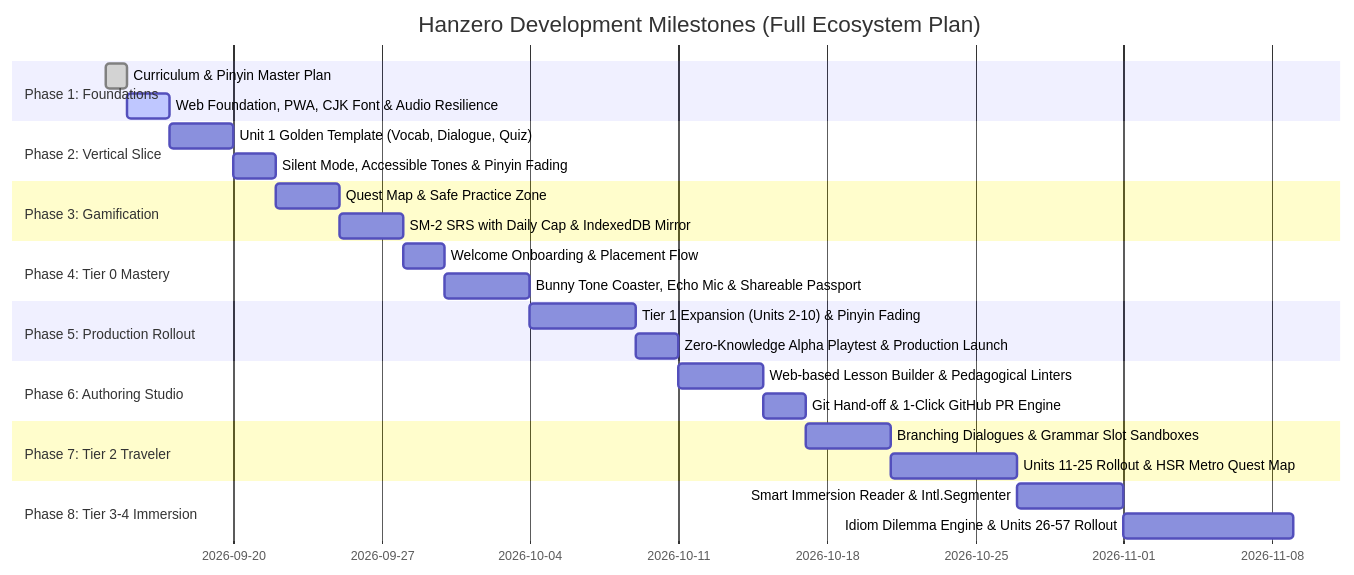
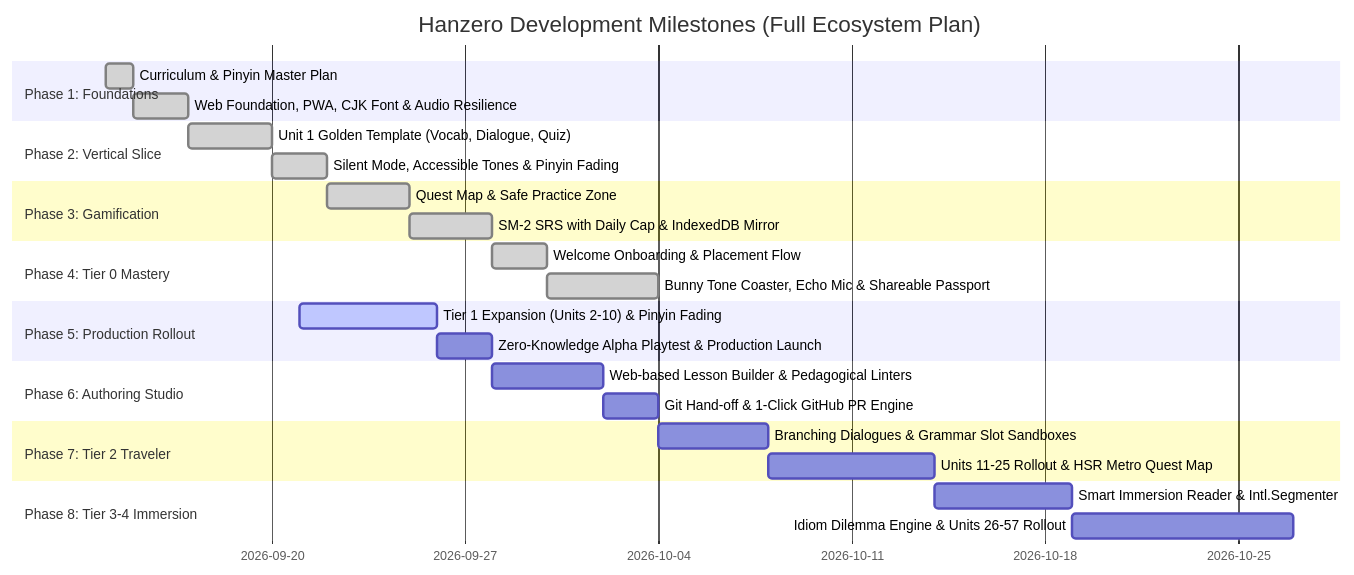
Before and after one commit to vavinon/Hanzero: the diagram in docs/roadmap/milestone_plan.md, drawn with Mermaid. The commit also changed other lines of this file and 6 other files, not shown here.

Commit message:
docs(roadmap): synchronize Phase 3 & 4 completion status across tasks and plans

````diff
--- a/docs/roadmap/milestone_plan.md
+++ b/docs/roadmap/milestone_plan.md
@@ -9,29 +9,29 @@
 ```mermaid
 gantt
     title Hanzero Development Milestones (Full Ecosystem Plan)
     dateFormat  YYYY-MM-DD
     section Phase 1: Foundations
     Curriculum & Pinyin Master Plan :done, p0, 2026-09-14, 1d
-    Web Foundation, PWA, CJK Font & Audio Resilience :active, p1, 2026-09-15, 2d
+    Web Foundation, PWA, CJK Font & Audio Resilience :done, p1, 2026-09-15, 2d
     section Phase 2: Vertical Slice
-    Unit 1 Golden Template (Vocab, Dialogue, Quiz) :p2, after p1, 3d
-    Silent Mode, Accessible Tones & Pinyin Fading :p3, after p2, 2d
+    Unit 1 Golden Template (Vocab, Dialogue, Quiz) :done, p2, after p1, 3d
+    Silent Mode, Accessible Tones & Pinyin Fading :done, p3, after p2, 2d
     section Phase 3: Gamification
-    Quest Map & Safe Practice Zone :p4, after p3, 3d
-    SM-2 SRS with Daily Cap & IndexedDB Mirror :p5, after p4, 3d
+    Quest Map & Safe Practice Zone :done, p4, after p3, 3d
+    SM-2 SRS with Daily Cap & IndexedDB Mirror :done, p5, after p4, 3d
     section Phase 4: Tier 0 Mastery
-    Welcome Onboarding & Placement Flow :p6, after p5, 2d
-    Bunny Tone Coaster, Echo Mic & Shareable Passport :p7, after p6, 4d
+    Welcome Onboarding & Placement Flow :done, p6, after p5, 2d
+    Bunny Tone Coaster, Echo Mic & Shareable Passport :done, p7, after p6, 4d
     section Phase 5: Production Rollout
-    Tier 1 Expansion (Units 2-10) & Pinyin Fading :p8, after p7, 5d
+    Tier 1 Expansion (Units 2-10) & Pinyin Fading :active, p8, 2026-09-21, 5d
     Zero-Knowledge Alpha Playtest & Production Launch :p9, after p8, 2d
     section Phase 6: Authoring Studio
     Web-based Lesson Builder & Pedagogical Linters :p10, after p9, 4d
     Git Hand-off & 1-Click GitHub PR Engine :p11, after p10, 2d
     section Phase 7: Tier 2 Traveler
     Branching Dialogues & Grammar Slot Sandboxes :p12, after p11, 4d
     Units 11-25 Rollout & HSR Metro Quest Map :p13, after p12, 6d
     section Phase 8: Tier 3-4 Immersion
     Smart Immersion Reader & Intl.Segmenter :p14, after p13, 5d
     Idiom Dilemma Engine & Units 26-57 Rollout :p15, after p14, 8d
 ```
````
